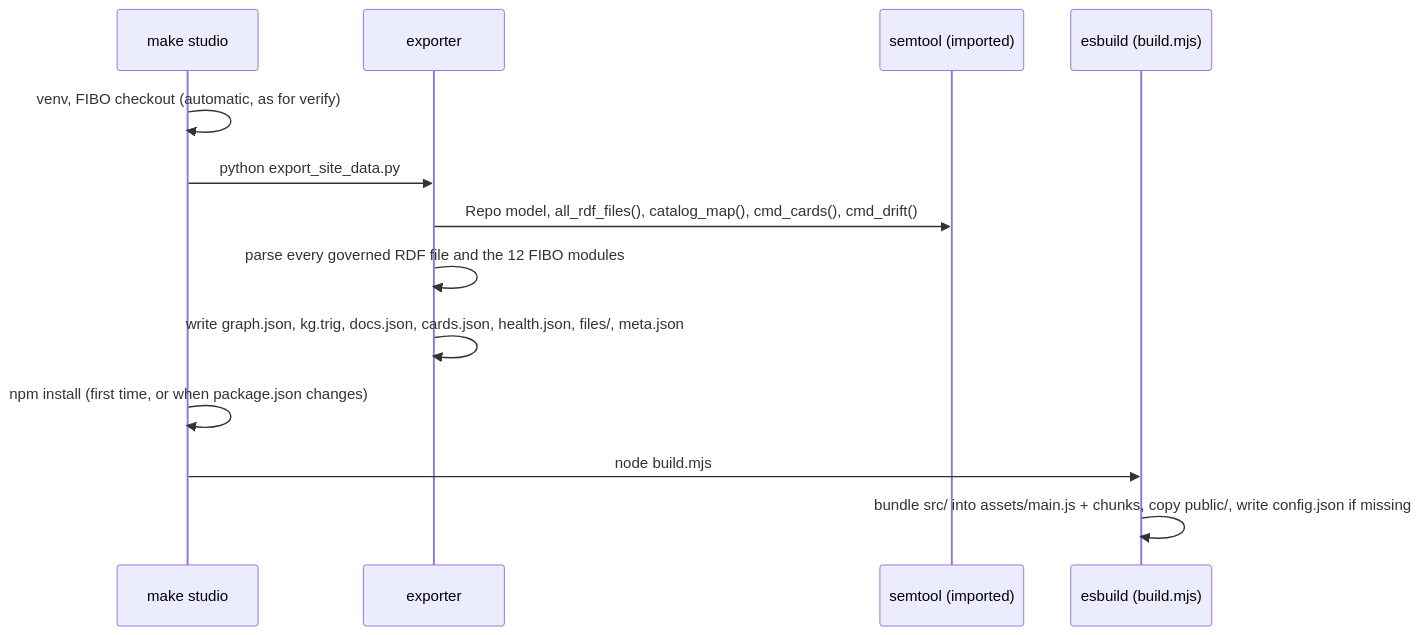
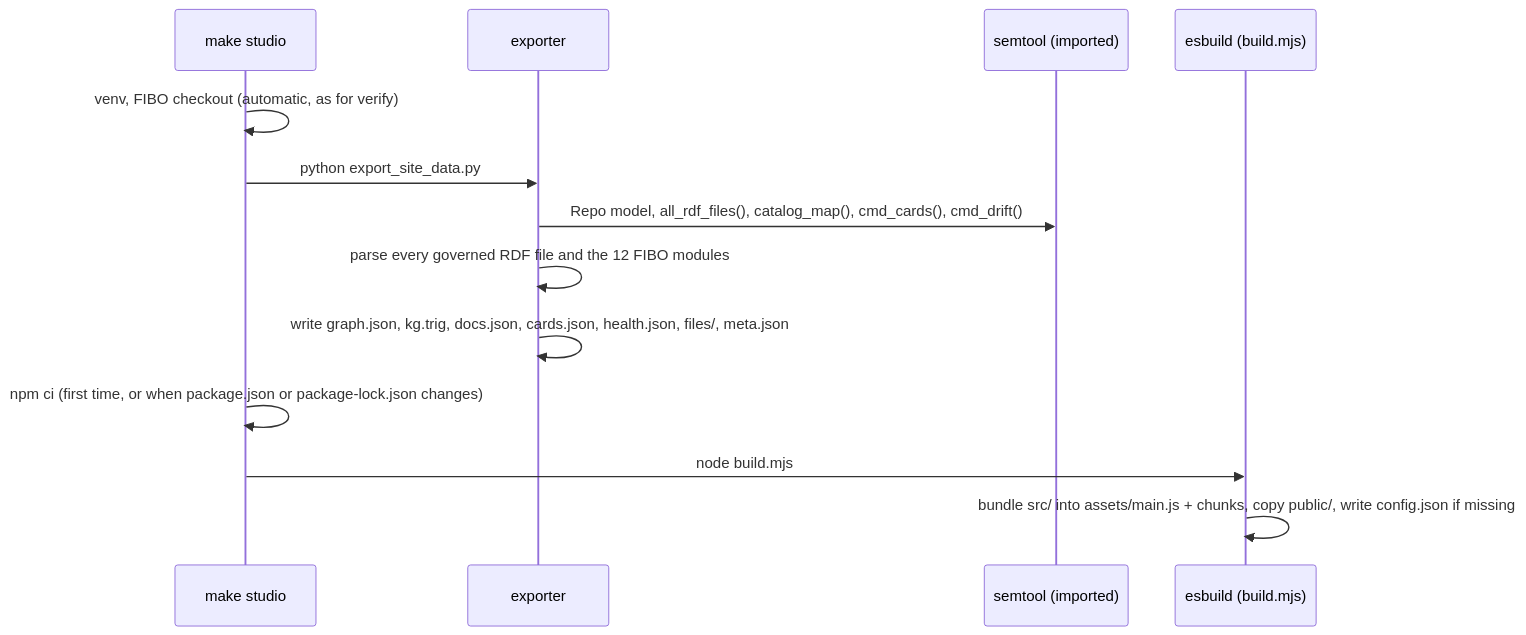
One commit to mevansam/semantic-layer-sandbox changed the second of 5 diagrams in semantic-studio/docs/architecture.md. Above: the diagram before and after it, drawn with Mermaid. The commit also changed other lines of this file and 4 other files, not shown here.

First line of the commit message:
Semantic Studio: install from package-lock.json (npm ci) in make and Docker

````diff
--- a/semantic-studio/docs/architecture.md
+++ b/semantic-studio/docs/architecture.md
@@ -121,15 +121,15 @@
 ```mermaid
 sequenceDiagram
   participant M as make studio
   participant X as exporter
   participant S as semtool (imported)
   participant E as esbuild (build.mjs)
   M->>M: venv, FIBO checkout (automatic, as for verify)
   M->>X: python export_site_data.py
   X->>S: Repo model, all_rdf_files(), catalog_map(), cmd_cards(), cmd_drift()
   X->>X: parse every governed RDF file and the 12 FIBO modules
   X->>X: write graph.json, kg.trig, docs.json, cards.json, health.json, files/, meta.json
-  M->>M: npm install (first time, or when package.json changes)
+  M->>M: npm ci (first time, or when package.json or package-lock.json changes)
   M->>E: node build.mjs
   E->>E: bundle src/ into assets/main.js + chunks, copy public/, write config.json if missing
 ```
````
